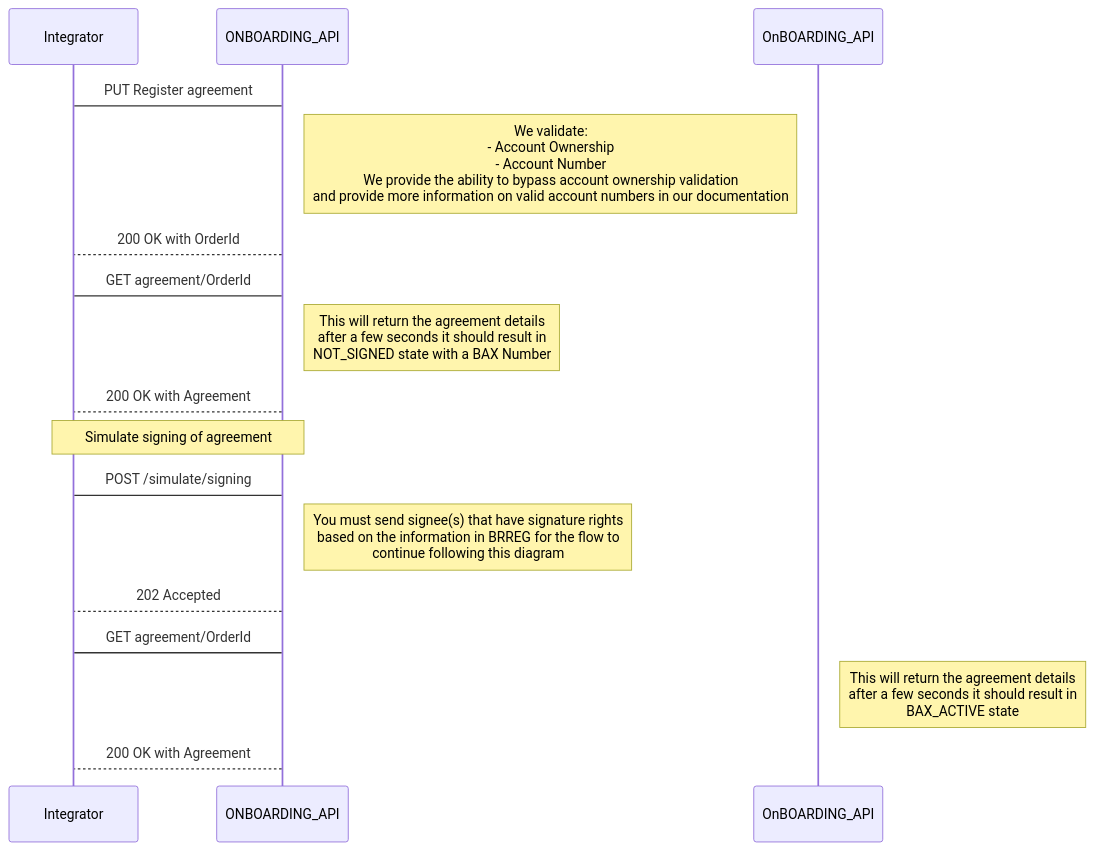
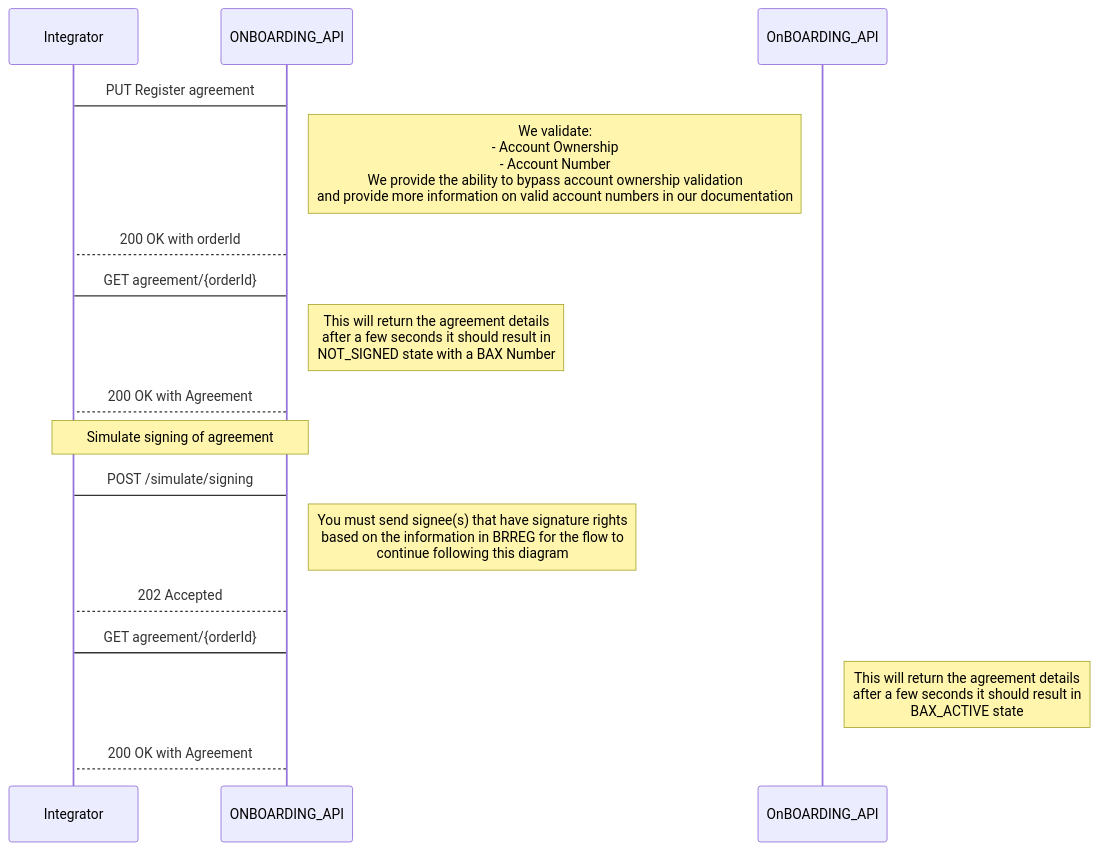
Before and after one commit to BankAxept/bankaxept-onboarding-external-documentation: the third of 5 diagrams in docs/getting_started.md, drawn with Mermaid. The commit also changed other lines of this file, not shown here.

````diff
--- a/docs/getting_started.md
+++ b/docs/getting_started.md
@@ -68,20 +68,20 @@
 ```mermaid
 sequenceDiagram
 participant Integrator
 participant ONBOARDING_API
 
 Integrator -> ONBOARDING_API: PUT Register agreement
 note right of ONBOARDING_API: We validate: <br/> - Account Ownership <br/> - Account Number <br/> We provide the ability to bypass account ownership validation <br/> and provide more information on valid account numbers in our documentation
-ONBOARDING_API --> Integrator: 200 OK with OrderId
+ONBOARDING_API --> Integrator: 200 OK with orderId
 
-Integrator -> ONBOARDING_API : GET agreement/OrderId
+Integrator -> ONBOARDING_API : GET agreement/{orderId}
 note right of ONBOARDING_API: This will return the agreement details <br/> after a few seconds it should result in <br/> NOT_SIGNED state with a BAX Number
 ONBOARDING_API --> Integrator: 200 OK with Agreement
 note over Integrator, ONBOARDING_API: Simulate signing of agreement
 Integrator -> ONBOARDING_API: POST /simulate/signing
 note right of ONBOARDING_API: You must send signee(s) that have signature rights <br/> based on the information in BRREG for the flow to <br/> continue following this diagram
 ONBOARDING_API --> Integrator: 202 Accepted
-Integrator -> ONBOARDING_API : GET agreement/OrderId
+Integrator -> ONBOARDING_API : GET agreement/{orderId}
 note right of OnBOARDING_API: This will return the agreement details <br/> after a few seconds it should result in <br/> BAX_ACTIVE state
 ONBOARDING_API --> Integrator: 200 OK with Agreement
 ```
````
